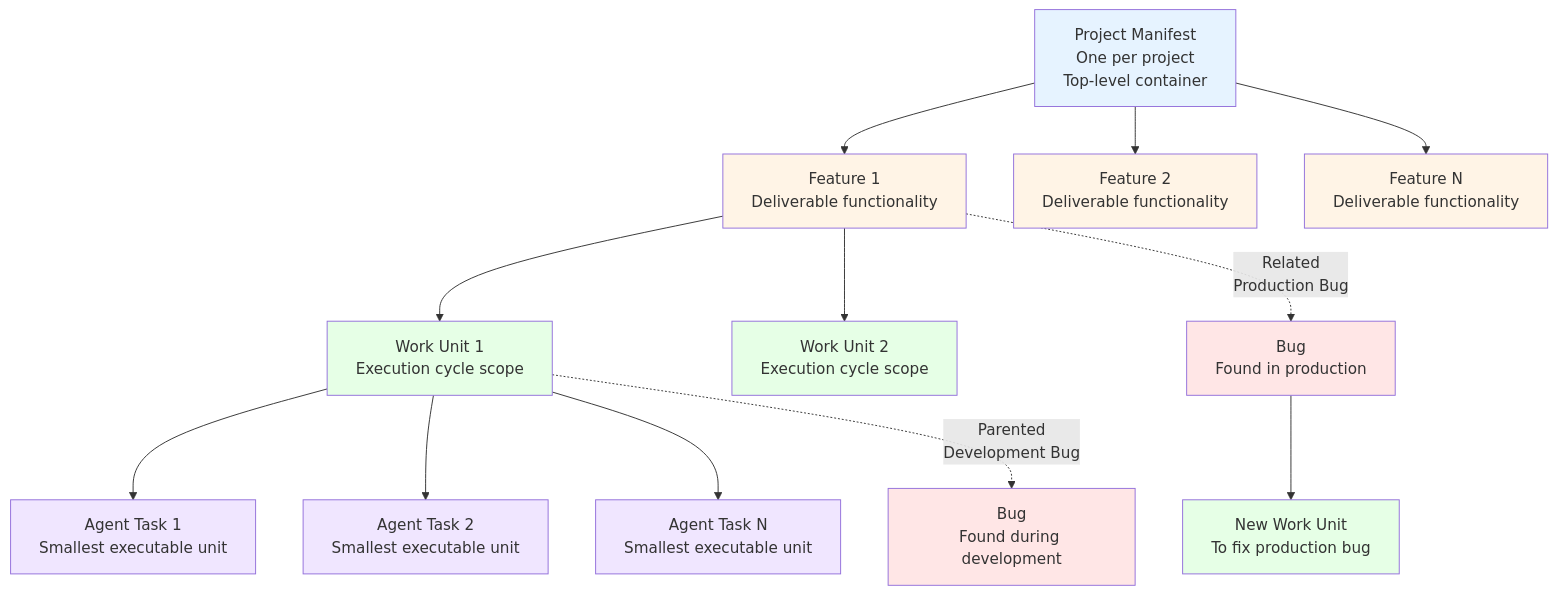
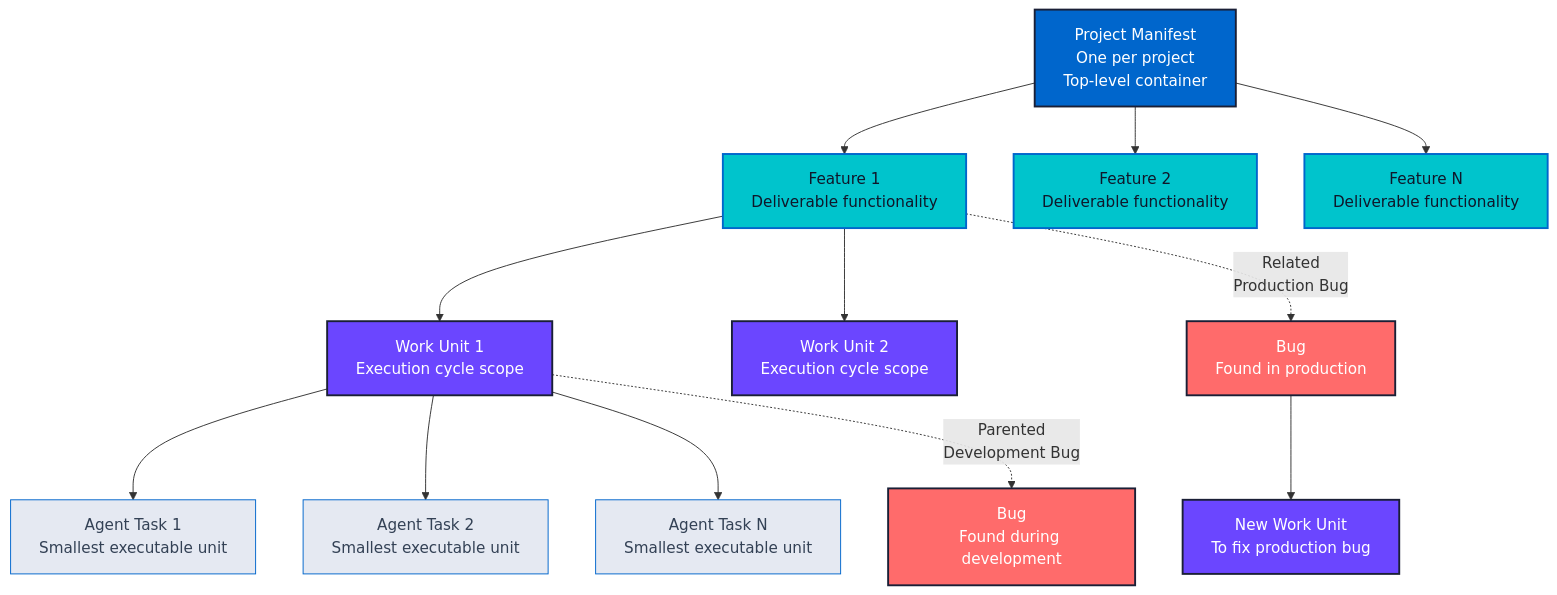
One commit to Conductus-Labs/RHYTHM-Method changed the diagram in docs/07-work-breakdown-structure.md. Above: the diagram before and after it, drawn with Mermaid. The commit also changed other lines of this file and 4 other files, not shown here.

First line of the commit message:
Fix Mermaid diagrams: add challenge loop and update to Conductus branding colors

````diff
--- a/docs/07-work-breakdown-structure.md
+++ b/docs/07-work-breakdown-structure.md
@@ -15,33 +15,33 @@
 ```mermaid
 graph TD
     PM[Project Manifest<br/>One per project<br/>Top-level container]
-    
+
     PM --> F1[Feature 1<br/>Deliverable functionality]
     PM --> F2[Feature 2<br/>Deliverable functionality]
     PM --> F3[Feature N<br/>Deliverable functionality]
-    
+
     F1 --> WU1[Work Unit 1<br/>Execution cycle scope]
     F1 --> WU2[Work Unit 2<br/>Execution cycle scope]
-    
+
     WU1 --> AT1[Agent Task 1<br/>Smallest executable unit]
     WU1 --> AT2[Agent Task 2<br/>Smallest executable unit]
     WU1 --> AT3[Agent Task N<br/>Smallest executable unit]
-    
+
     WU1 -.->|Parented<br/>Development Bug| Bug1[Bug<br/>Found during development]
     F1 -.->|Related<br/>Production Bug| Bug2[Bug<br/>Found in production]
-    
+
     Bug2 --> WU3[New Work Unit<br/>To fix production bug]
-    
-    style PM fill:#E6F3FF
-    style F1 fill:#FFF4E6
-    style F2 fill:#FFF4E6
-    style F3 fill:#FFF4E6
-    style WU1 fill:#E6FFE6
-    style WU2 fill:#E6FFE6
-    style WU3 fill:#E6FFE6
-    style AT1 fill:#F0E6FF
-    style AT2 fill:#F0E6FF
-    style AT3 fill:#F0E6FF
-    style Bug1 fill:#FFE6E6
-    style Bug2 fill:#FFE6E6
+
+    style PM fill:#0066CC,stroke:#1A1F36,stroke-width:2px,color:#FFFFFF
+    style F1 fill:#00C4CC,stroke:#0066CC,stroke-width:2px,color:#0F172A
+    style F2 fill:#00C4CC,stroke:#0066CC,stroke-width:2px,color:#0F172A
+    style F3 fill:#00C4CC,stroke:#0066CC,stroke-width:2px,color:#0F172A
+    style WU1 fill:#6B46FF,stroke:#1A1F36,stroke-width:2px,color:#FFFFFF
+    style WU2 fill:#6B46FF,stroke:#1A1F36,stroke-width:2px,color:#FFFFFF
+    style WU3 fill:#6B46FF,stroke:#1A1F36,stroke-width:2px,color:#FFFFFF
+    style AT1 fill:#E5E9F2,stroke:#0066CC,stroke-width:1px,color:#334155
+    style AT2 fill:#E5E9F2,stroke:#0066CC,stroke-width:1px,color:#334155
+    style AT3 fill:#E5E9F2,stroke:#0066CC,stroke-width:1px,color:#334155
+    style Bug1 fill:#FF6B6B,stroke:#1A1F36,stroke-width:2px,color:#FFFFFF
+    style Bug2 fill:#FF6B6B,stroke:#1A1F36,stroke-width:2px,color:#FFFFFF
 ```
````
